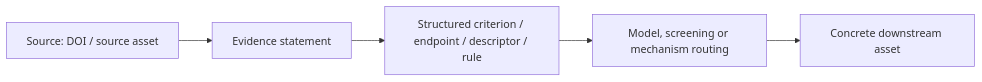
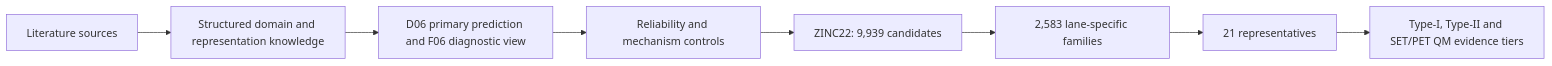
The diagram in README.md (Shiruo-Yang/2pi-literature-knowledge), drawn with Mermaid before and after one commit. The commit also changed other lines of this file and 23 other files, not shown here.

Commit message:
Release v2.0: public knowledge and decision-evidence repository

````diff
--- a/README.md
+++ b/README.md
@@ -14,7 +7,10 @@
 ```mermaid
 flowchart LR
-    A[Source: DOI / source asset] --> B[Evidence statement]
-    B --> C[Structured criterion / endpoint / descriptor / rule]
-    C --> D[Model, screening or mechanism routing]
-    D --> E[Concrete downstream asset]
+    A[Literature sources] --> B[Structured domain and representation knowledge]
+    B --> C[D06 primary prediction and F06 diagnostic view]
+    C --> D[Reliability and mechanism controls]
+    D --> E[ZINC22: 9,939 candidates]
+    E --> F[2,583 lane-specific families]
+    F --> G[21 representatives]
+    G --> H[Type-I, Type-II and SET/PET QM evidence tiers]
 ```
````
